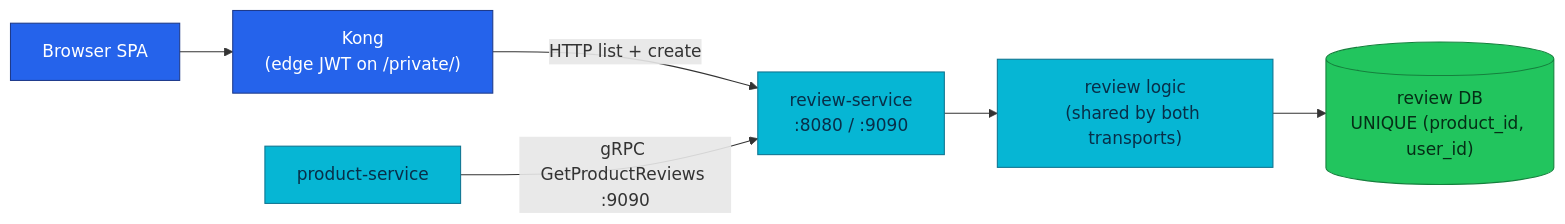
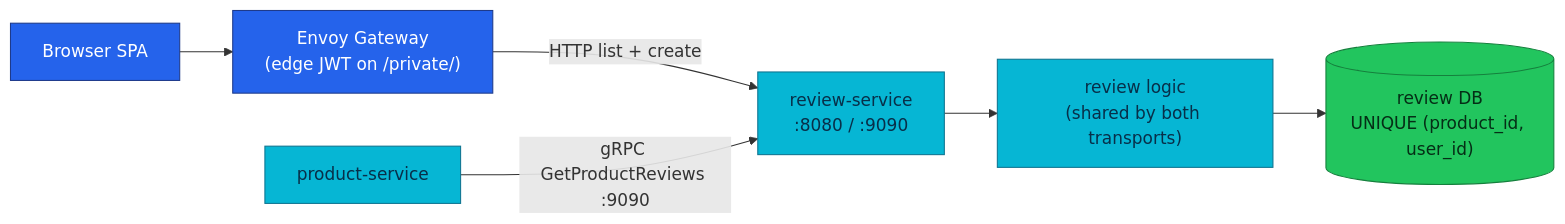
Before and after one commit to duynhlab/homelab: the diagram in docs/api/review.md, drawn with Mermaid. The commit also changed other lines of this file and 28 other files, not shown here.

````diff
--- a/docs/api/review.md
+++ b/docs/api/review.md
@@ -49,15 +49,15 @@
 ```mermaid
 flowchart LR
-    SPA["Browser SPA"] --> Kong["Kong<br/>(edge JWT on /private/)"]
-    Kong -->|"HTTP list + create"| Review["review-service<br/>:8080 / :9090"]
+    SPA["Browser SPA"] --> Edge["Envoy Gateway<br/>(edge JWT on /private/)"]
+    Edge -->|"HTTP list + create"| Review["review-service<br/>:8080 / :9090"]
     Product["product-service"] -->|"gRPC GetProductReviews :9090"| Review
     Review --> Logic["review logic<br/>(shared by both transports)"]
     Logic --> DB[("review DB<br/>UNIQUE (product_id, user_id)")]
 
     classDef edge fill:#2563eb,color:#fff,stroke:#1e3a8a;
     classDef service fill:#06b6d4,color:#082f49,stroke:#0e7490;
     classDef data fill:#22c55e,color:#052e16,stroke:#15803d;
-    class SPA,Kong edge;
+    class SPA,Edge edge;
     class Review,Product,Logic service;
     class DB data;
 ```
````
